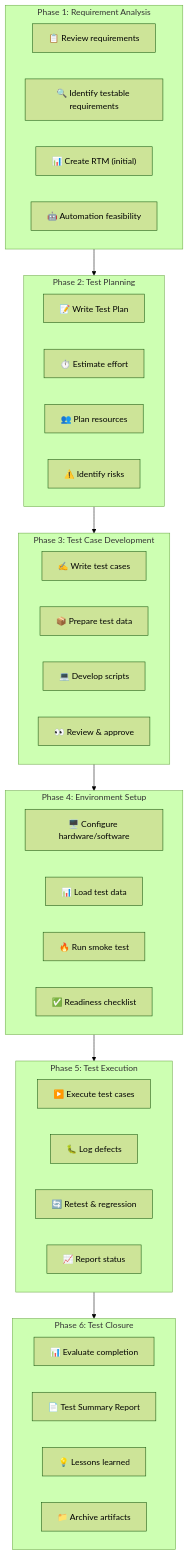
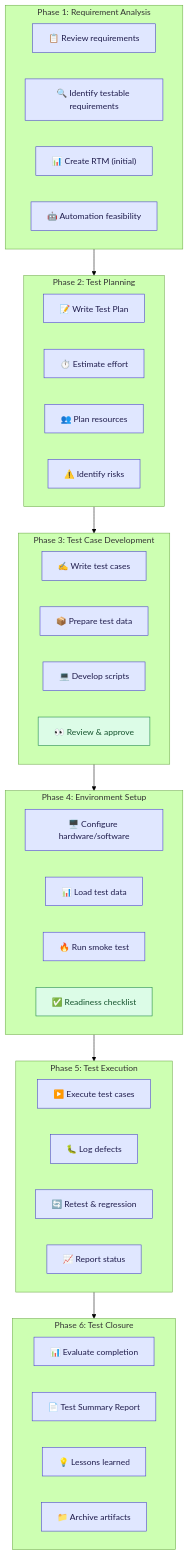
One commit to ghanendra-sdet/manual-testing-playbook changed the tenth of 10 diagrams in Part_03_STLC.md. Above: the diagram before and after it, drawn with Mermaid (forest theme). The commit also changed other lines of this file and 15 other files, not shown here.

Commit message:
Fix broken routes and anchors; update OWASP 2025, ISTQB v4.0, WCAG 2.2, Jira/Zephyr naming and pricing; style diagrams

````diff
--- a/Part_03_STLC.md
+++ b/Part_03_STLC.md
@@ -2364,50 +2449,58 @@
 ```mermaid
 flowchart TB
     subgraph Phase1["Phase 1: Requirement Analysis"]
         A1["📋 Review requirements"]
         A2["🔍 Identify testable requirements"]
         A3["📊 Create RTM (initial)"]
         A4["🤖 Automation feasibility"]
     end
 
     subgraph Phase2["Phase 2: Test Planning"]
         B1["📝 Write Test Plan"]
         B2["⏱️ Estimate effort"]
         B3["👥 Plan resources"]
         B4["⚠️ Identify risks"]
     end
 
     subgraph Phase3["Phase 3: Test Case Development"]
         C1["✍️ Write test cases"]
         C2["📦 Prepare test data"]
         C3["💻 Develop scripts"]
         C4["👀 Review & approve"]
     end
 
     subgraph Phase4["Phase 4: Environment Setup"]
         D1["🖥️ Configure hardware/software"]
         D2["📊 Load test data"]
         D3["🔥 Run smoke test"]
         D4["✅ Readiness checklist"]
     end
 
     subgraph Phase5["Phase 5: Test Execution"]
         E1["▶️ Execute test cases"]
         E2["🐛 Log defects"]
         E3["🔄 Retest & regression"]
         E4["📈 Report status"]
     end
 
     subgraph Phase6["Phase 6: Test Closure"]
         F1["📊 Evaluate completion"]
         F2["📄 Test Summary Report"]
         F3["💡 Lessons learned"]
         F4["📁 Archive artifacts"]
     end
 
     Phase1 --> Phase2
     Phase2 --> Phase3
     Phase3 --> Phase4
     Phase4 --> Phase5
     Phase5 --> Phase6
+
+    classDef start fill:#dbeafe,stroke:#1d4ed8,color:#1e3a8a
+    classDef step fill:#e0e7ff,stroke:#4338ca,color:#1e1b4b
+    classDef decision fill:#fef3c7,stroke:#b45309,color:#78350f
+    classDef good fill:#dcfce7,stroke:#15803d,color:#14532d
+    classDef bad fill:#fee2e2,stroke:#b91c1c,color:#7f1d1d
+    class A1,A2,A3,A4,B1,B2,B3,B4,C1,C2,C3,D1,D2,D3,E1,E2,E3,E4,F1,F2,F3,F4 step
+    class C4,D4 good
 ```
````
